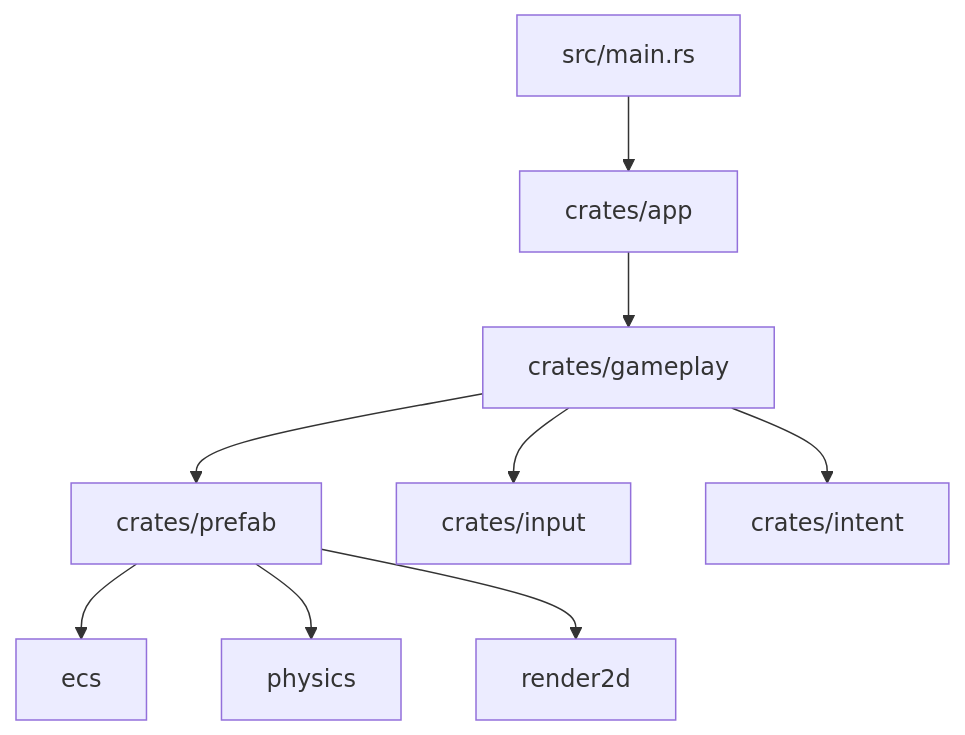
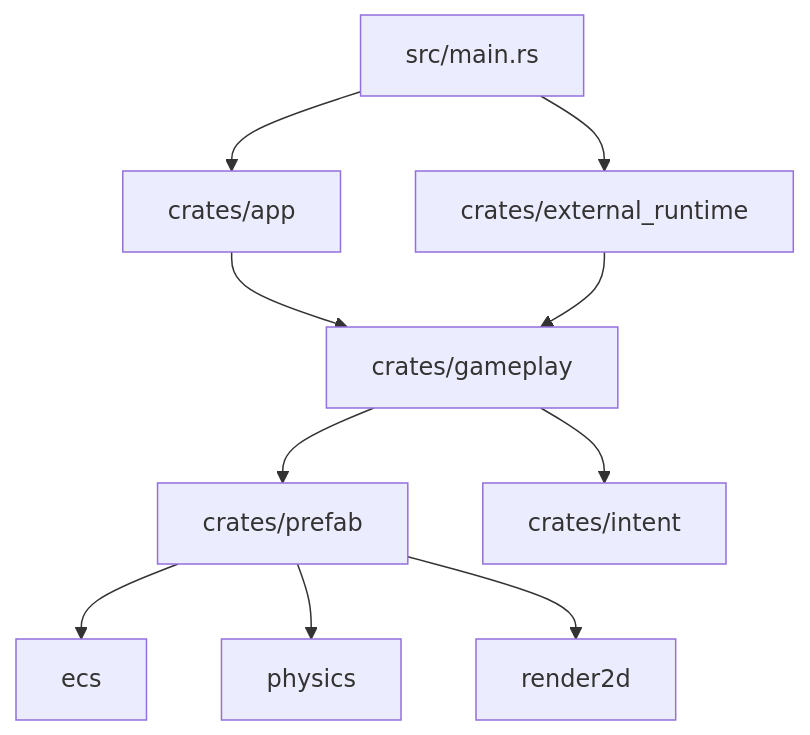
One commit to atlas-orien/bevy-template changed the diagram in README.md. Above: the diagram before and after it, drawn with Mermaid. The commit also changed other lines of this file and 55 other files, not shown here.

Commit message:
Rename input runtime to external_runtime

````diff
--- a/README.md
+++ b/README.md
@@ -54,14 +63,15 @@
 ```mermaid
 flowchart TD
     main["src/main.rs"] --> app["crates/app"]
+    main --> external_runtime["crates/external_runtime"]
 
     app --> gameplay["crates/gameplay"]
+    external_runtime --> gameplay
 
     gameplay --> prefab["crates/prefab"]
-    gameplay --> input["crates/input"]
     gameplay --> intent["crates/intent"]
 
     prefab --> ecs
     prefab --> physics
     prefab --> render2d
 ```
````
